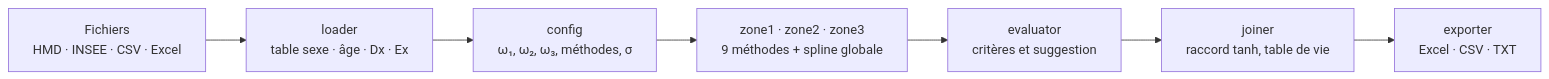
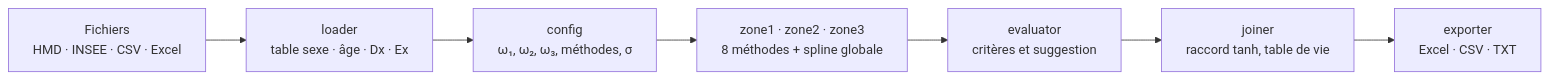
The diagram in README.md (MARCO-sim11/mortality-table-smoother), drawn with Mermaid before and after one commit. The commit also changed other lines of this file and 90 other files, not shown here.

````diff
--- a/README.md
+++ b/README.md
@@ -20,9 +19,9 @@
 ```mermaid
 flowchart LR
     A["Fichiers<br/>HMD · INSEE · CSV · Excel"] --> B["loader<br/>table sexe · âge · Dx · Ex"]
     B --> C["config<br/>ω₁, ω₂, ω₃, méthodes, σ"]
-    C --> D["zone1 · zone2 · zone3<br/>9 méthodes + spline globale"]
+    C --> D["zone1 · zone2 · zone3<br/>8 méthodes + spline globale"]
     D --> E["evaluator<br/>critères et suggestion"]
     E --> F["joiner<br/>raccord tanh, table de vie"]
     F --> G["exporter<br/>Excel · CSV · TXT"]
 ```
````
